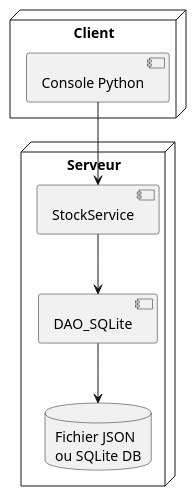
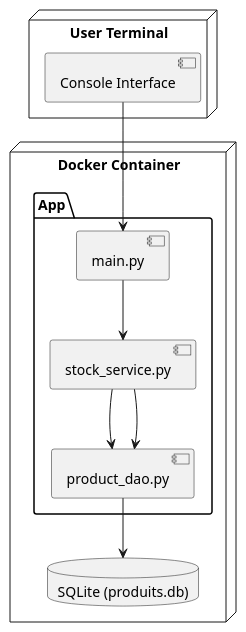
One commit to Ludo67/LOG430-Lab0 changed the diagram in docs/UML/deployment.puml. Above: the diagram before and after it, drawn with PlantUML. The commit also changed 9 other files, not shown here.

```diff
--- a/docs/UML/deployment.puml
+++ b/docs/UML/deployment.puml
@@ -1,15 +1,15 @@
-@startuml
-node Client {
-  [Console Python] as UI
+@startuml deployment
+node "User Terminal" {
+  [Console Interface]
 }
-
-node Serveur {
-  [StockService]
-  [DAO_SQLite]
-  database "Fichier JSON\nou SQLite DB" as Storage
+node "Docker Container" {
+  folder "App" {
+    [main.py] --> [stock_service.py]
+    [stock_service.py] --> [product_dao.py]
+  }
+  database "SQLite (produits.db)"
 }
-
-UI --> [StockService]
-[StockService] --> [DAO_SQLite]
-[DAO_SQLite] --> Storage
+[stock_service.py] --> [product_dao.py]
+[product_dao.py] --> [SQLite (produits.db)]
+[Console Interface] --> [main.py]
 @enduml
```
